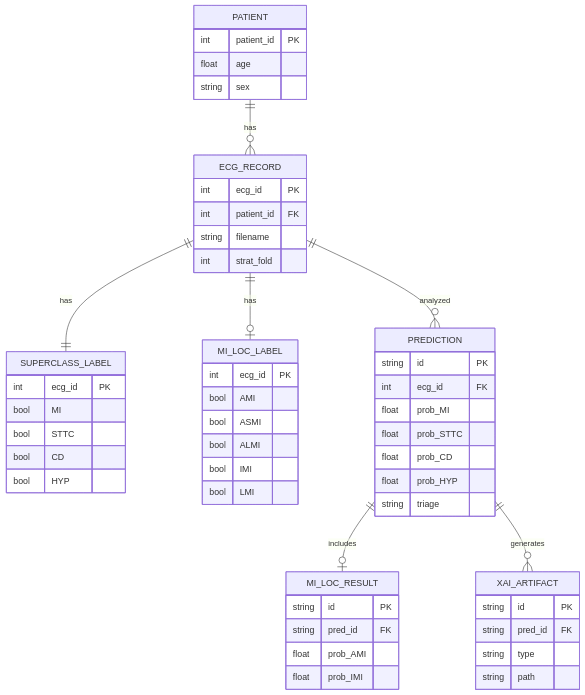
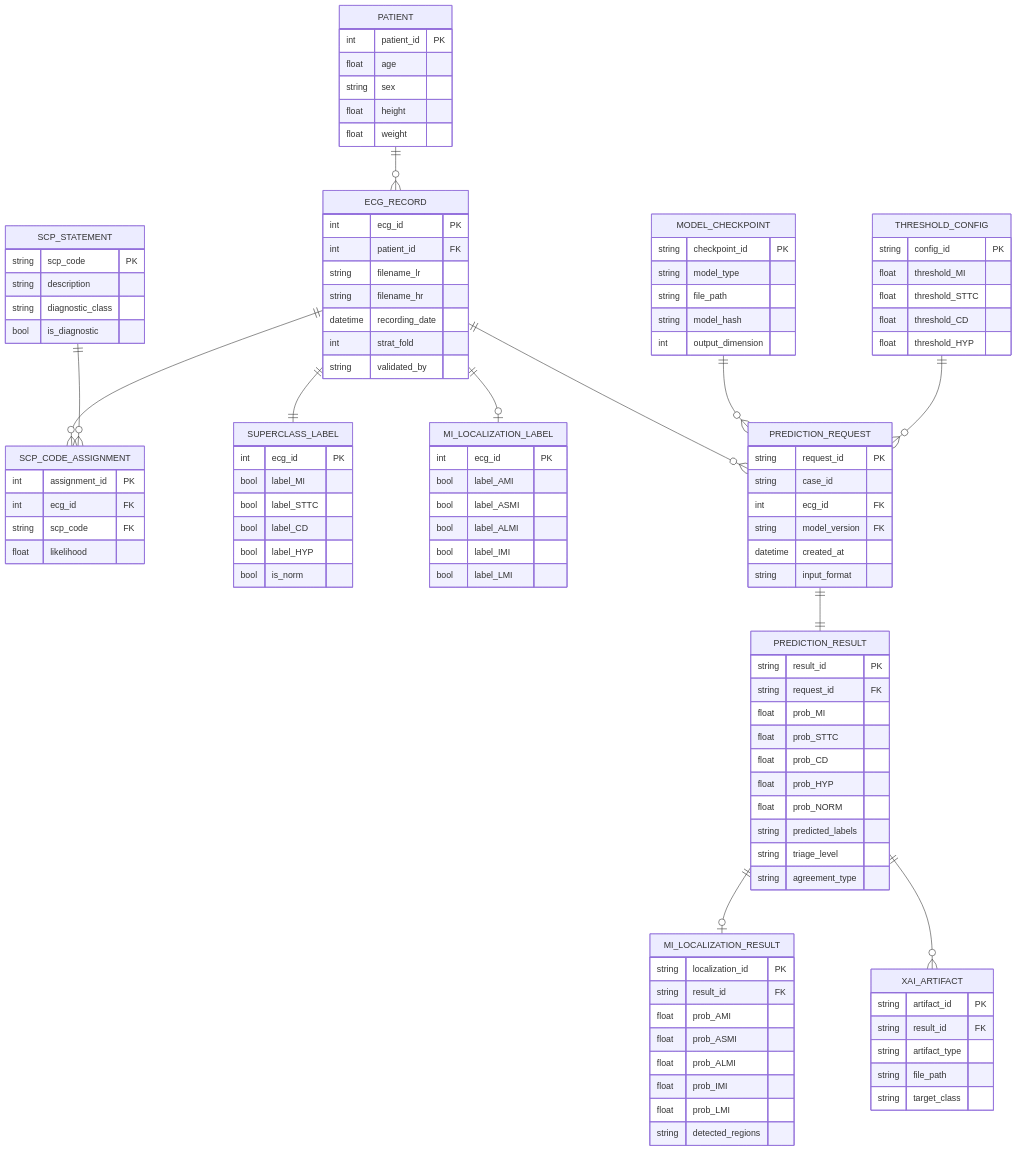
Before and after one commit to mUsaulug/CardioGuard-AI: the diagram in docs/diagrams/04_erd_diagram.md, drawn with Mermaid. The commit also changed other lines of this file and 3 other files, not shown here.

````diff
--- a/docs/diagrams/04_erd_diagram.md
+++ b/docs/diagrams/04_erd_diagram.md
@@ -16,63 +26,121 @@
 ```mermaid
 erDiagram
-    PATIENT ||--o{ ECG_RECORD : has
-    ECG_RECORD ||--|| SUPERCLASS_LABEL : has
-    ECG_RECORD ||--o| MI_LOC_LABEL : has
-    ECG_RECORD ||--o{ PREDICTION : analyzed
-    PREDICTION ||--o| MI_LOC_RESULT : includes
-    PREDICTION ||--o{ XAI_ARTIFACT : generates
+    PATIENT ||--o{ ECG_RECORD : ""
+    ECG_RECORD ||--o{ SCP_CODE_ASSIGNMENT : ""
+    SCP_STATEMENT ||--o{ SCP_CODE_ASSIGNMENT : ""
+    ECG_RECORD ||--|| SUPERCLASS_LABEL : ""
+    ECG_RECORD ||--o| MI_LOCALIZATION_LABEL : ""
+    ECG_RECORD ||--o{ PREDICTION_REQUEST : ""
+    PREDICTION_REQUEST ||--|| PREDICTION_RESULT : ""
+    PREDICTION_RESULT ||--o| MI_LOCALIZATION_RESULT : ""
+    PREDICTION_RESULT ||--o{ XAI_ARTIFACT : ""
+    MODEL_CHECKPOINT ||--o{ PREDICTION_REQUEST : ""
+    THRESHOLD_CONFIG ||--o{ PREDICTION_REQUEST : ""
     
     PATIENT {
         int patient_id PK
         float age
         string sex
+        float height
+        float weight
     }
     
     ECG_RECORD {
         int ecg_id PK
         int patient_id FK
-        string filename
+        string filename_lr
+        string filename_hr
+        datetime recording_date
         int strat_fold
+        string validated_by
+    }
+    
+    SCP_STATEMENT {
+        string scp_code PK
+        string description
+        string diagnostic_class
+        bool is_diagnostic
+    }
+    
+    SCP_CODE_ASSIGNMENT {
+        int assignment_id PK
+        int ecg_id FK
+        string scp_code FK
+        float likelihood
     }
     
     SUPERCLASS_LABEL {
         int ecg_id PK
-        bool MI
-        bool STTC
-        bool CD
-        bool HYP
+        bool label_MI
+        bool label_STTC
+        bool label_CD
+        bool label_HYP
+        bool is_norm
     }
     
-    MI_LOC_LABEL {
+    MI_LOCALIZATION_LABEL {
         int ecg_id PK
-        bool AMI
-        bool ASMI
-        bool ALMI
-        bool IMI
-        bool LMI
+        bool label_AMI
+        bool label_ASMI
+        bool label_ALMI
+        bool label_IMI
+        bool label_LMI
     }
     
-    PREDICTION {
-        string id PK
+    PREDICTION_REQUEST {
+        string request_id PK
+        string case_id
         int ecg_id FK
+        string model_version FK
+        datetime created_at
+        string input_format
+    }
+    
+    PREDICTION_RESULT {
+        string result_id PK
+        string request_id FK
         float prob_MI
         float prob_STTC
         float prob_CD
         float prob_HYP
-        string triage
+        float prob_NORM
+        string predicted_labels
+        string triage_level
+        string agreement_type
     }
     
-    MI_LOC_RESULT {
-        string id PK
-        string pred_id FK
+    MI_LOCALIZATION_RESULT {
+        string localization_id PK
+        string result_id FK
         float prob_AMI
+        float prob_ASMI
+        float prob_ALMI
         float prob_IMI
+        float prob_LMI
+        string detected_regions
     }
     
     XAI_ARTIFACT {
-        string id PK
-        string pred_id FK
-        string type
-        string path
+        string artifact_id PK
+        string result_id FK
+        string artifact_type
+        string file_path
+        string target_class
+    }
+    
+    MODEL_CHECKPOINT {
+        string checkpoint_id PK
+        string model_type
+        string file_path
+        string model_hash
+        int output_dimension
+    }
+    
+    THRESHOLD_CONFIG {
+        string config_id PK
+        float threshold_MI
+        float threshold_STTC
+        float threshold_CD
+        float threshold_HYP
     }
 ```
````
